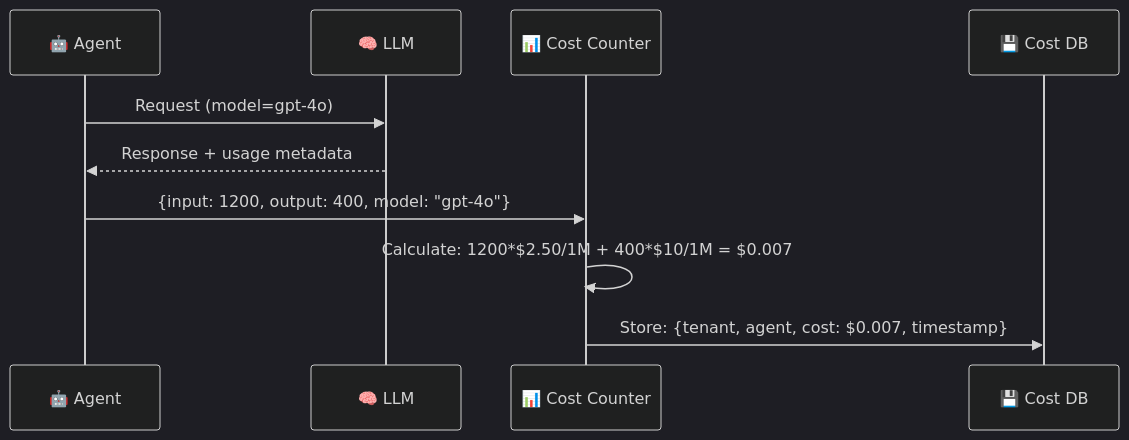
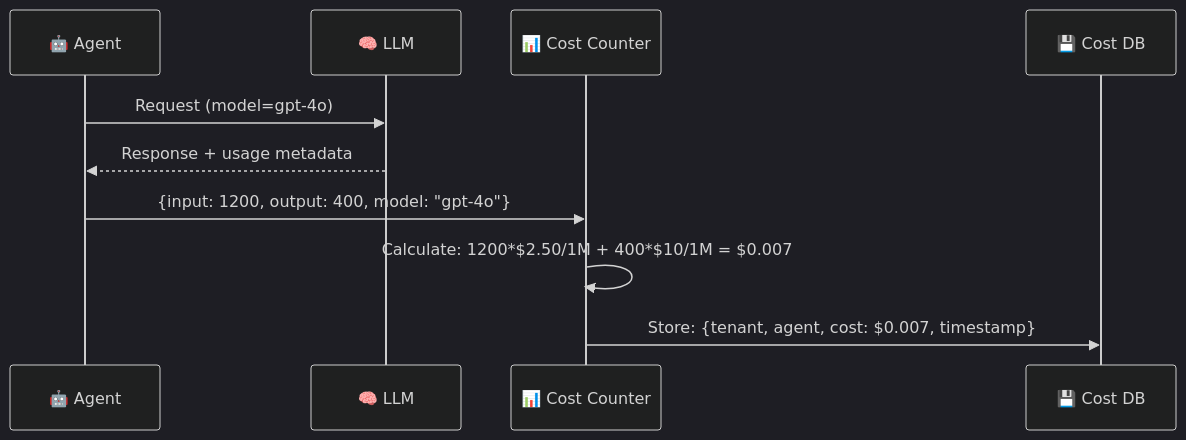
Diagram 11 of 14 in education/en/11-observability-cost.md (roie9876/AI-Agent-Platform), drawn with Mermaid (dark theme) before and after one commit. The commit also changed other lines of this file and 11 other files, not shown here.

First line of the commit message:
fix: escape dollar signs in mermaid diagrams to prevent KaTeX parsing

````diff
--- a/education/en/11-observability-cost.md
+++ b/education/en/11-observability-cost.md
@@ -331,13 +331,13 @@
 ```mermaid
 sequenceDiagram
     participant Agent as 🤖 Agent
     participant LLM as 🧠 LLM
     participant Counter as 📊 Cost Counter
     participant DB as 💾 Cost DB
     
     Agent->>LLM: Request (model=gpt-4o)
     LLM-->>Agent: Response + usage metadata
     Agent->>Counter: {input: 1200, output: 400, model: "gpt-4o"}
-    Counter->>Counter: Calculate: 1200*$2.50/1M + 400*$10/1M = $0.007
-    Counter->>DB: Store: {tenant, agent, cost: $0.007, timestamp}
+    Counter->>Counter: Calculate: 1200*#36;2.50/1M + 400*#36;10/1M = #36;0.007
+    Counter->>DB: Store: {tenant, agent, cost: #36;0.007, timestamp}
 ```
````
